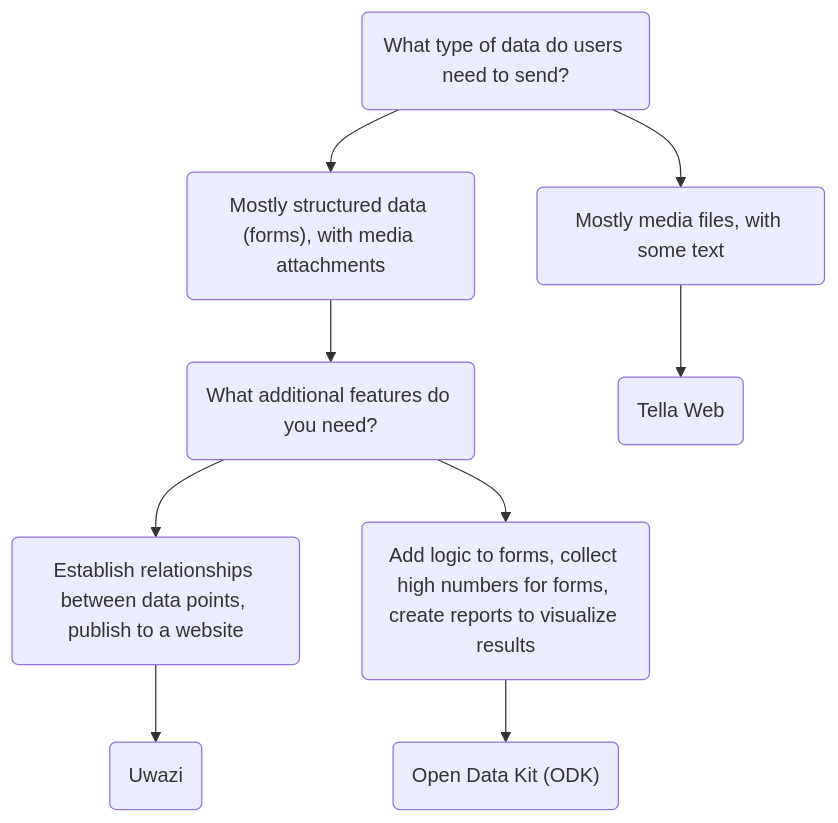
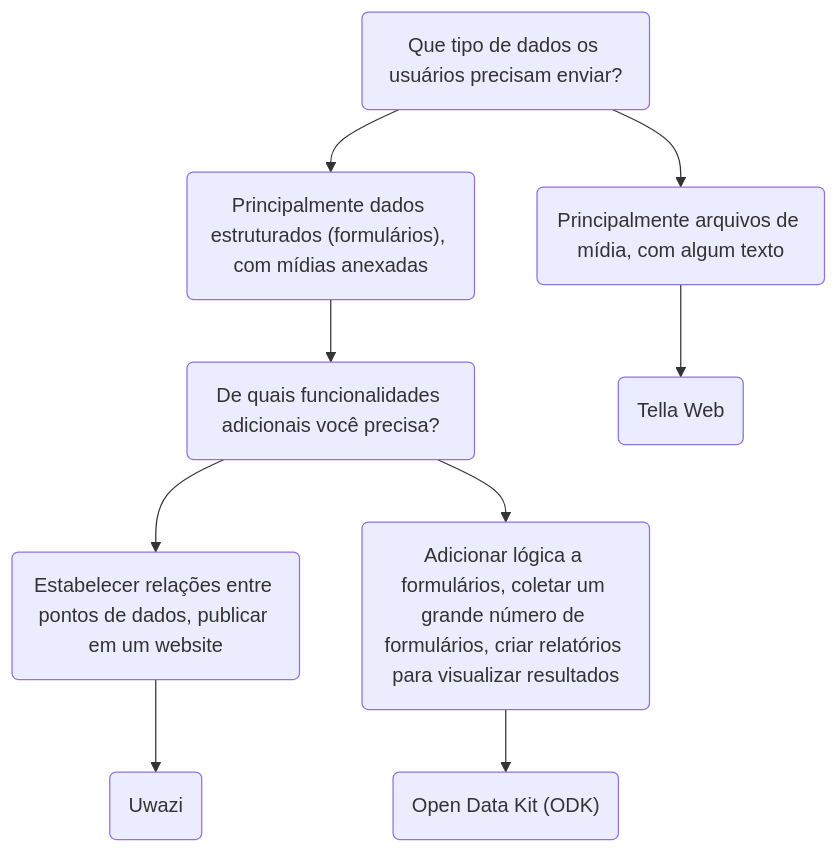
One commit to Horizontal-org/Tella-website changed the diagram in i18n/pt-BR/docusaurus-plugin-content-docs/current/For organizations/overview.md. Above: the diagram before and after it, drawn with Mermaid. The commit also changed 1 other file, not shown here.

Commit message:
solved a typo and loaded a newly transated string

````diff
--- a/i18n/pt-BR/docusaurus-plugin-content-docs/current/For organizations/overview.md
+++ b/i18n/pt-BR/docusaurus-plugin-content-docs/current/For organizations/overview.md
@@ -27,11 +27,11 @@
 ```mermaid
 graph TD;
-    id1(What type of data do users need to send?) --> id2("Mostly structured data (forms), with media attachments");
-    id1 --> id3("Mostly media files, with some text") ;
-    id2 --> id4("What additional features do you need?");
+    id1(Que tipo de dados os usuários precisam enviar?) --> id2("Principalmente dados estruturados (formulários), com mídias anexadas");
+    id1 --> id3("Principalmente arquivos de mídia, com algum texto") ;
+    id2 --> id4("De quais funcionalidades adicionais você precisa?");
     id3 --> id5("Tella Web");
-    id4 --> id6("Establish relationships between data points, publish to a website")
-    id4 --> id7("Add logic to forms, collect high numbers for forms, create reports to visualize results")
+    id4 --> id6("Estabelecer relações entre pontos de dados, publicar em um website")
+    id4 --> id7("Adicionar lógica a formulários, coletar um grande número de formulários, criar relatórios para visualizar resultados")
     id6 --> id8("Uwazi")
     id7 --> id9("Open Data Kit (ODK)")
 ```
````
